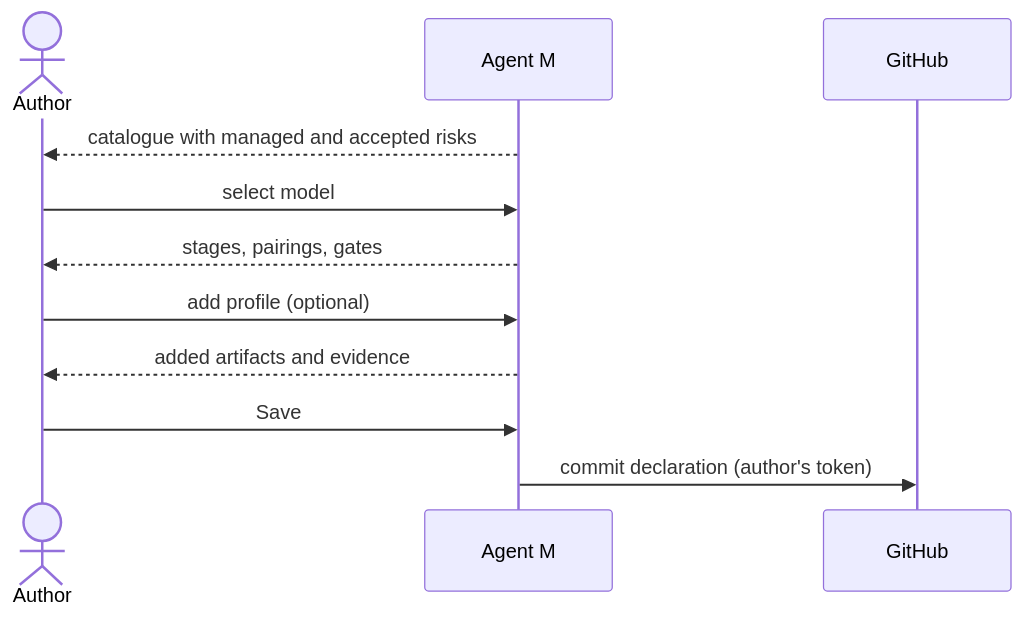
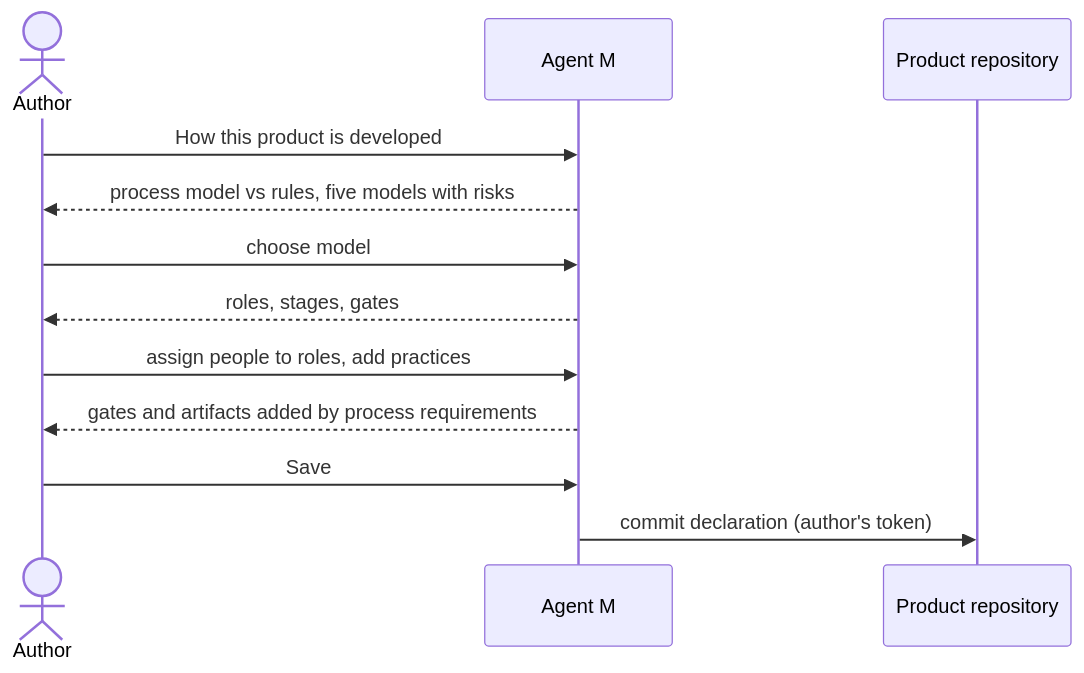
The diagram in docs/use-cases/UC-002-choose-a-process-model.md (akmaier/agent-m), drawn with Mermaid before and after one commit. The commit also changed other lines of this file and 4 other files, not shown here.

First line of the commit message:
docs: process model vs requirement source — UC-002 rewritten, UC-004/005, README, PLAN

````diff
--- a/docs/use-cases/UC-002-choose-a-process-model.md
+++ b/docs/use-cases/UC-002-choose-a-process-model.md
@@ -45,13 +71,14 @@
 ```mermaid
 sequenceDiagram
     actor A as Author
     participant M as Agent M
-    participant G as GitHub
-    M-->>A: catalogue with managed and accepted risks
-    A->>M: select model
-    M-->>A: stages, pairings, gates
-    A->>M: add profile (optional)
-    M-->>A: added artifacts and evidence
+    participant G as Product repository
+    A->>M: How this product is developed
+    M-->>A: process model vs rules, five models with risks
+    A->>M: choose model
+    M-->>A: roles, stages, gates
+    A->>M: assign people to roles, add practices
+    M-->>A: gates and artifacts added by process requirements
     A->>M: Save
     M->>G: commit declaration (author's token)
 ```
````
